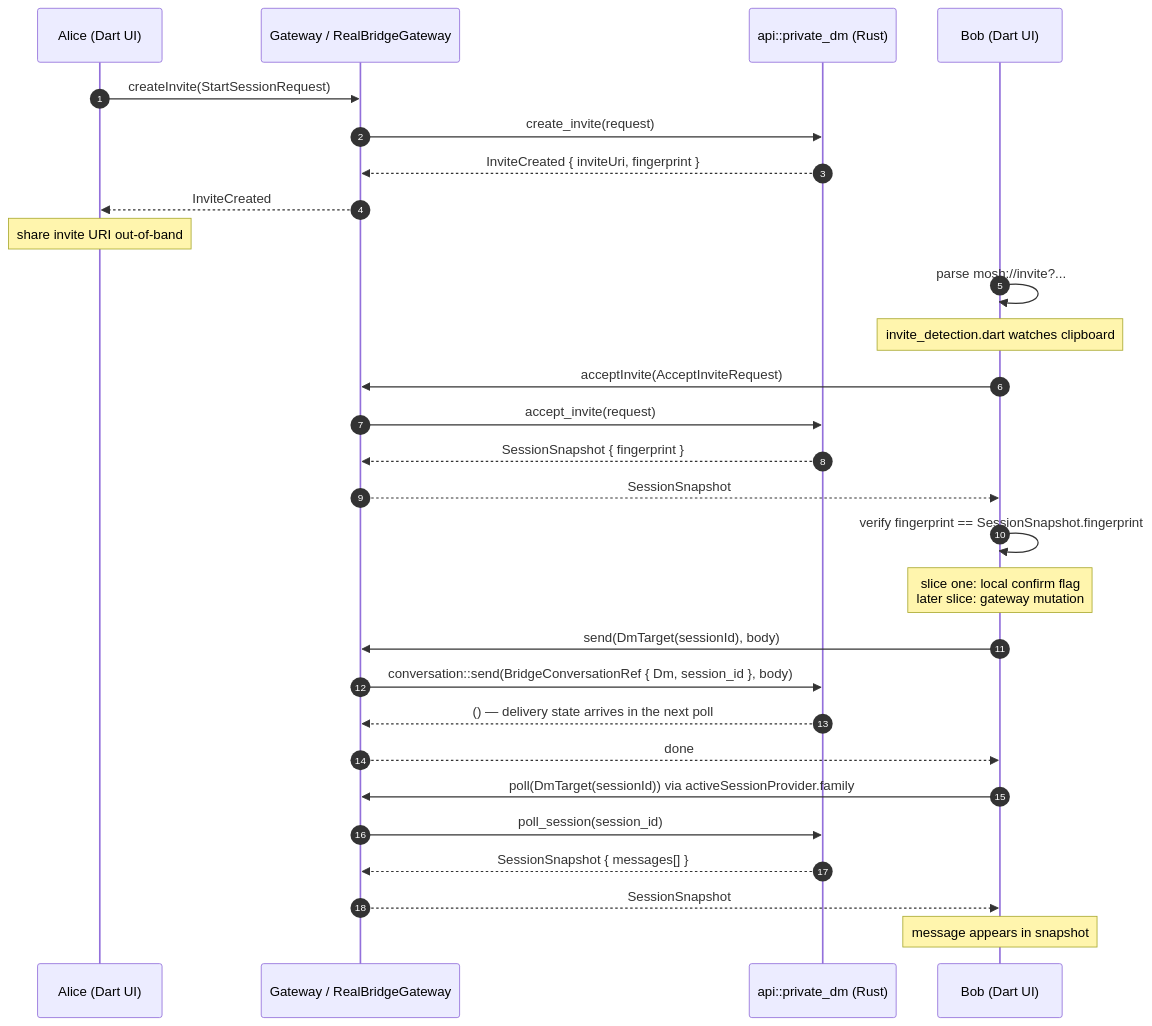
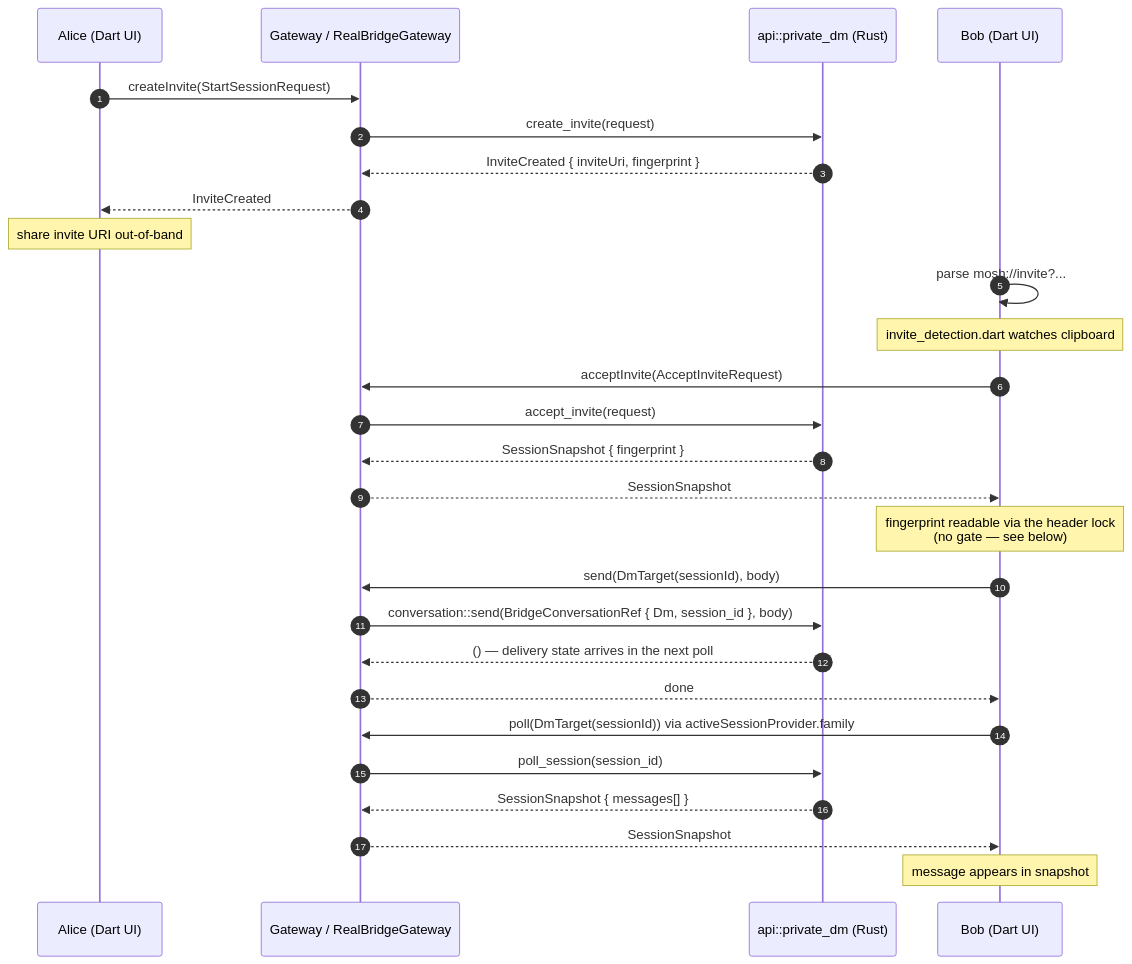
One commit to redstone-md/mosh-flutter changed the first of 4 diagrams in docs/Features/private-dm.md. Above: the diagram before and after it, drawn with Mermaid. The commit also changed other lines of this file and 19 other files, not shown here.

First line of the commit message:
feat(fingerprint): Telegram-style lock and emoji dialog replace the confirm pill (#11)

````diff
--- a/docs/Features/private-dm.md
+++ b/docs/Features/private-dm.md
@@ -15,31 +15,30 @@
 ```mermaid
 sequenceDiagram
     autonumber
     participant Alice as Alice (Dart UI)
     participant GW as Gateway / RealBridgeGateway
     participant Api as api::private_dm (Rust)
     participant Bob as Bob (Dart UI)
 
     Alice->>GW: createInvite(StartSessionRequest)
     GW->>Api: create_invite(request)
     Api-->>GW: InviteCreated { inviteUri, fingerprint }
     GW-->>Alice: InviteCreated
     Note over Alice: share invite URI out-of-band
     Bob->>Bob: parse mosh://invite?...#fp= via invite_uri.dart
     Note over Bob: invite_detection.dart watches clipboard
     Bob->>GW: acceptInvite(AcceptInviteRequest)
     GW->>Api: accept_invite(request)
     Api-->>GW: SessionSnapshot { fingerprint }
     GW-->>Bob: SessionSnapshot
-    Bob->>Bob: verify fingerprint == SessionSnapshot.fingerprint
-    Note over Bob: slice one: local confirm flag<br/>later slice: gateway mutation
+    Note over Bob: fingerprint readable via the header lock<br/>(no gate — see below)
     Bob->>GW: send(DmTarget(sessionId), body)
     GW->>Api: conversation::send(BridgeConversationRef { Dm, session_id }, body)
     Api-->>GW: () — delivery state arrives in the next poll
     GW-->>Bob: done
     Bob->>GW: poll(DmTarget(sessionId)) via activeSessionProvider.family
     GW->>Api: poll_session(session_id)
     Api-->>GW: SessionSnapshot { messages[] }
     GW-->>Bob: SessionSnapshot
     Note over Bob: message appears in snapshot
 ```
````
